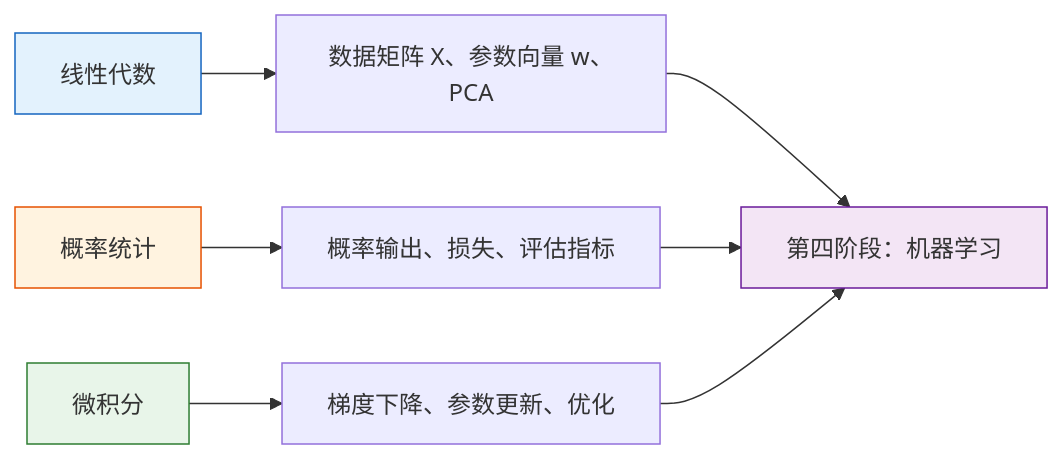
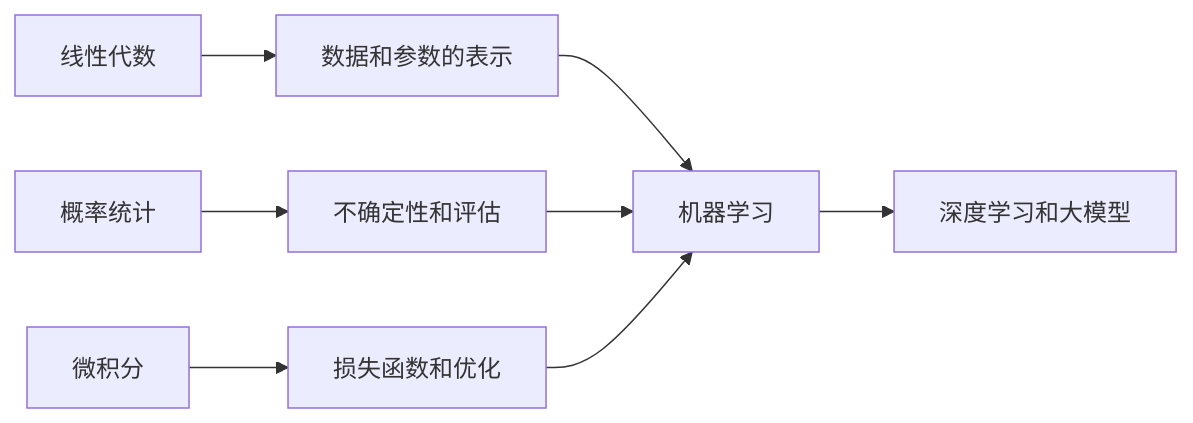
The diagram in docs/stage3/index.md (oudbiao/AI-fullstack-course), drawn with Mermaid before and after one commit. The commit also changed other lines of this file and 95 other files, not shown here.

````diff
--- a/docs/stage3/index.md
+++ b/docs/stage3/index.md
@@ -141,14 +25,10 @@
 ```mermaid
 flowchart LR
-    A["线性代数"] --> B["数据矩阵 X、参数向量 w、PCA"]
-    C["概率统计"] --> D["概率输出、损失、评估指标"]
-    E["微积分"] --> F["梯度下降、参数更新、优化"]
-    B --> G["第四阶段：机器学习"]
-    D --> G
-    F --> G
-
-    style A fill:#e3f2fd,stroke:#1565c0,color:#333
-    style C fill:#fff3e0,stroke:#e65100,color:#333
-    style E fill:#e8f5e9,stroke:#2e7d32,color:#333
-    style G fill:#f3e5f5,stroke:#6a1b9a,color:#333
+  A[线性代数] --> D[数据和参数的表示]
+  B[概率统计] --> E[不确定性和评估]
+  C[微积分] --> F[损失函数和优化]
+  D --> G[机器学习]
+  E --> G
+  F --> G
+  G --> H[深度学习和大模型]
 ```
````
